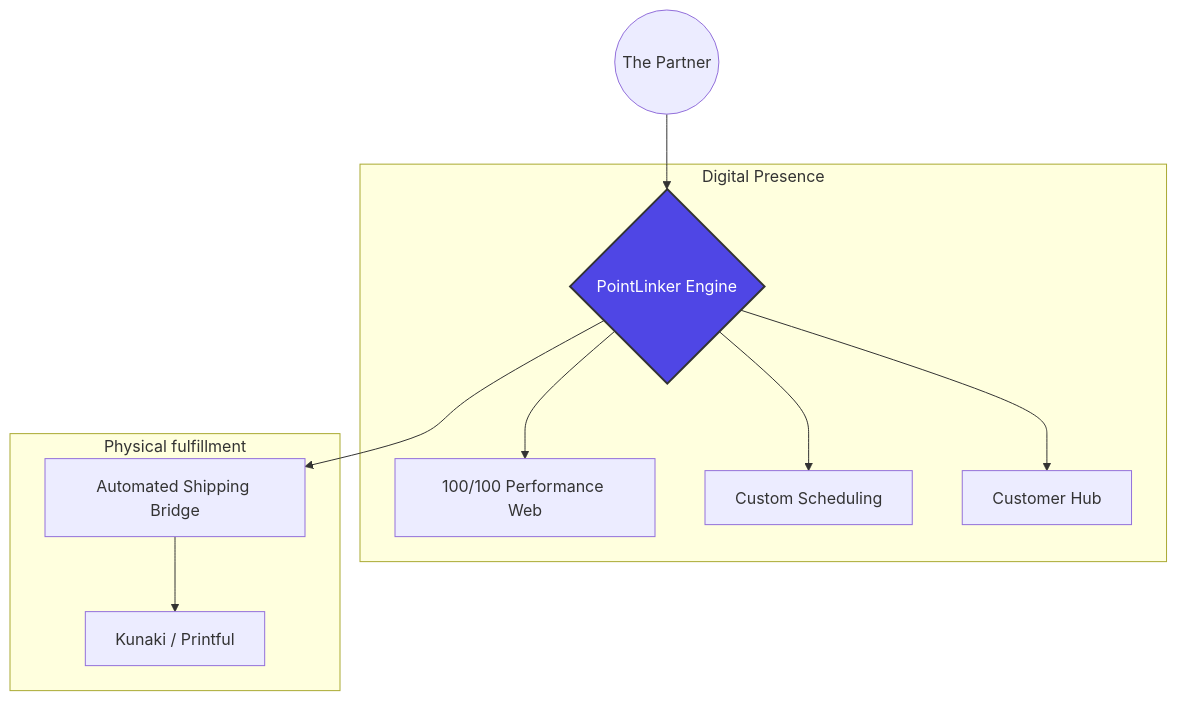
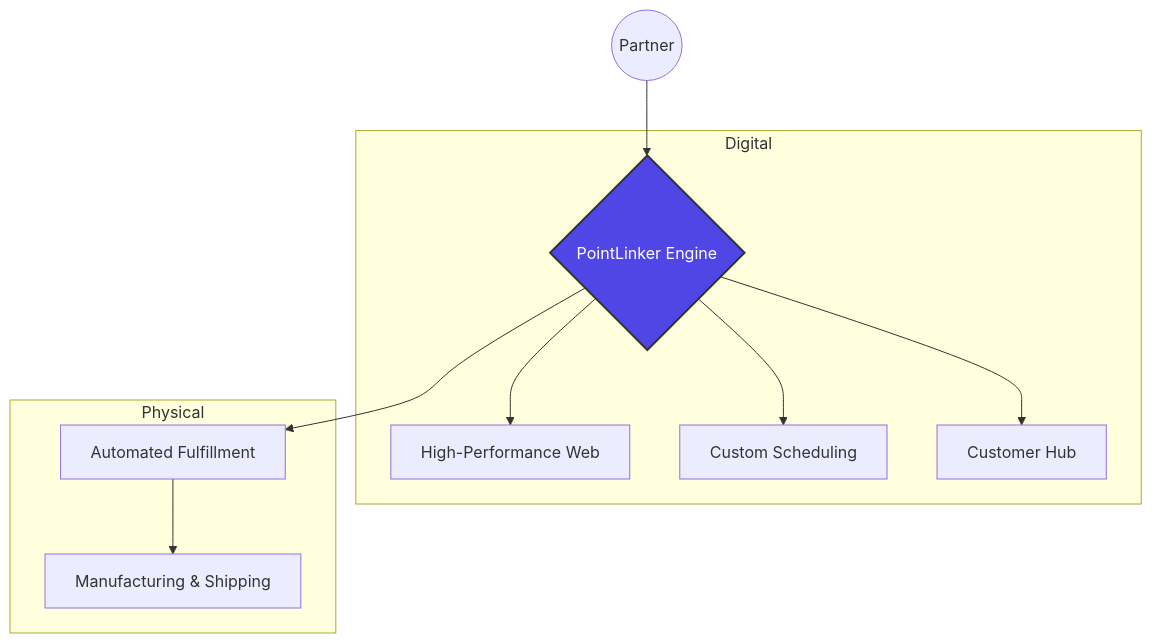
The diagram in profile/README.md (PointLinkerOrg/.github), drawn with Mermaid before and after one commit. The commit also changed other lines of this file and 1 other file, not shown here.

````diff
--- a/profile/README.md
+++ b/profile/README.md
@@ -38,17 +82,17 @@
 ```mermaid
 graph TD
-    User((The Partner)) --> Core{PointLinker Engine}
-    
-    subgraph "Digital Presence"
-        Core --> Web[100/100 Performance Web]
+    Partner((Partner)) --> Core{PointLinker Engine}
+
+    subgraph Digital
+        Core --> Web[High-Performance Web]
         Core --> Booking[Custom Scheduling]
         Core --> CRM[Customer Hub]
     end
 
-    subgraph "Physical fulfillment"
-        Core --> Ship[Automated Shipping Bridge]
-        Ship --> Factory[Kunaki / Printful]
+    subgraph Physical
+        Core --> Fulfillment[Automated Fulfillment]
+        Fulfillment --> Partners[Manufacturing & Shipping]
     end
 
     style Core fill:#4f46e5,stroke:#333,stroke-width:2px,color:#fff
 ```
````
